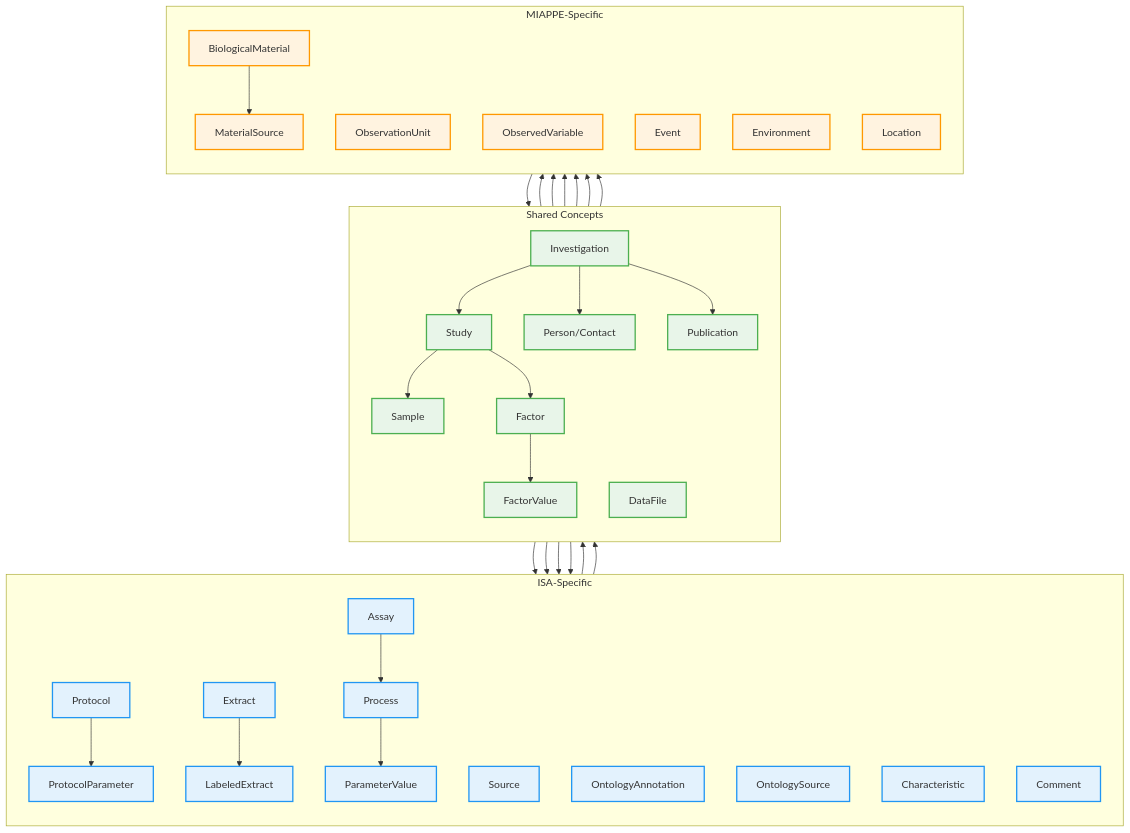
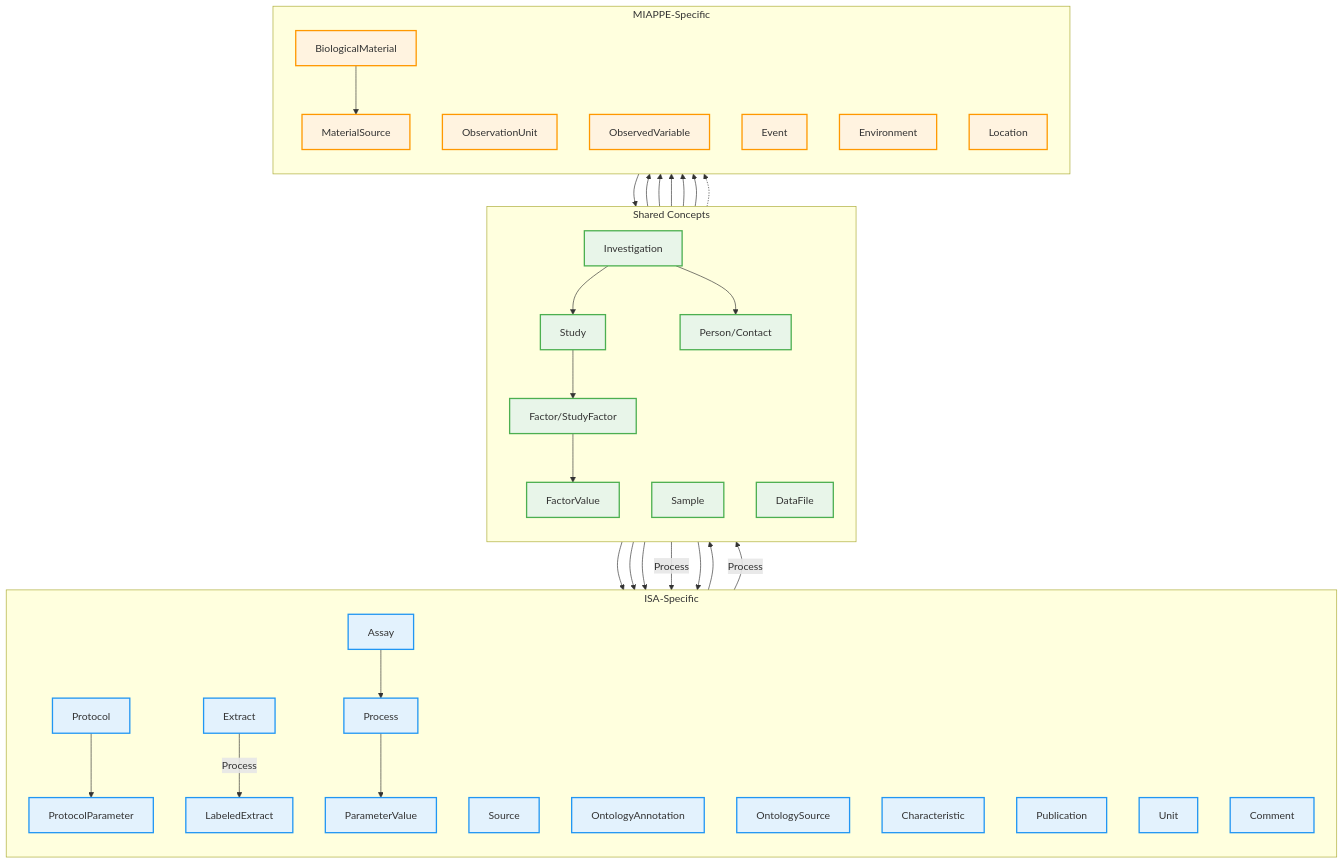
One commit to sorenwacker/miappe-api changed the first of 2 diagrams in docs/architecture/isa-miappe-comparison.md. Above: the diagram before and after it, drawn with Mermaid. The commit also changed other lines of this file, not shown here.

Commit message:
Refine ISA-MIAPPE comparison based on official documentation

````diff
--- a/docs/architecture/isa-miappe-comparison.md
+++ b/docs/architecture/isa-miappe-comparison.md
@@ -14,80 +14,80 @@
 ```mermaid
 flowchart TB
     subgraph shared["Shared Concepts"]
         direction TB
         INV[Investigation]
         STU[Study]
         PER[Person/Contact]
-        PUB[Publication]
         SAM[Sample]
-        FAC[Factor]
+        FAC[Factor/StudyFactor]
         FV[FactorValue]
         DF[DataFile]
     end
 
     subgraph isa["ISA-Specific"]
         direction TB
         ASS[Assay]
         PROT[Protocol]
         PP[ProtocolParameter]
         SRC[Source]
         EXT[Extract]
         LEXT[LabeledExtract]
         PROC[Process]
         OA[OntologyAnnotation]
         OS[OntologySource]
         CHAR[Characteristic]
         PV[ParameterValue]
+        PUB_ISA[Publication]
+        UNIT[Unit]
         COM[Comment]
     end
 
     subgraph miappe["MIAPPE-Specific"]
         direction TB
         BM[BiologicalMaterial]
         OU[ObservationUnit]
         OV[ObservedVariable]
         EVT[Event]
         ENV[Environment]
         LOC[Location]
         MS[MaterialSource]
     end
 
-    %% Shared relationships
+    %% Core hierarchy (both standards)
     INV --> STU
     INV --> PER
-    INV --> PUB
-    STU --> SAM
     STU --> FAC
     FAC --> FV
 
     %% ISA relationships
     STU --> ASS
     ASS --> DF
+    ASS --> PROC
     STU --> PROT
     PROT --> PP
     STU --> SRC
-    SRC --> SAM
-    SAM --> EXT
-    EXT --> LEXT
+    SRC -->|Process| SAM
+    SAM -->|Process| EXT
+    EXT -->|Process| LEXT
     PROC --> PV
-    ASS --> PROC
+    INV --> PUB_ISA
 
     %% MIAPPE relationships
     STU --> BM
     STU --> OU
     STU --> OV
     STU --> EVT
     STU --> ENV
-    STU --> LOC
+    OU --> SAM
     BM --> MS
-    OU --> SAM
+    STU -.-> LOC
 
     %% Styling
     classDef shared fill:#e8f5e9,stroke:#4caf50,stroke-width:2px
     classDef isa fill:#e3f2fd,stroke:#2196f3,stroke-width:2px
     classDef miappe fill:#fff3e0,stroke:#ff9800,stroke-width:2px
 
-    class INV,STU,PER,PUB,SAM,FAC,FV,DF shared
-    class ASS,PROT,PP,SRC,EXT,LEXT,PROC,OA,OS,CHAR,PV,COM isa
+    class INV,STU,PER,SAM,FAC,FV,DF shared
+    class ASS,PROT,PP,SRC,EXT,LEXT,PROC,OA,OS,CHAR,PV,PUB_ISA,UNIT,COM isa
     class BM,OU,OV,EVT,ENV,LOC,MS miappe
 ```
````
